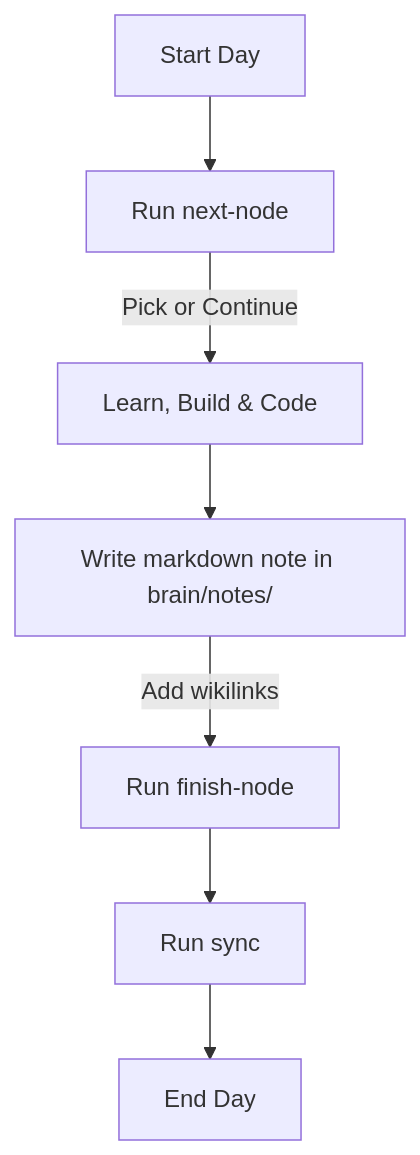
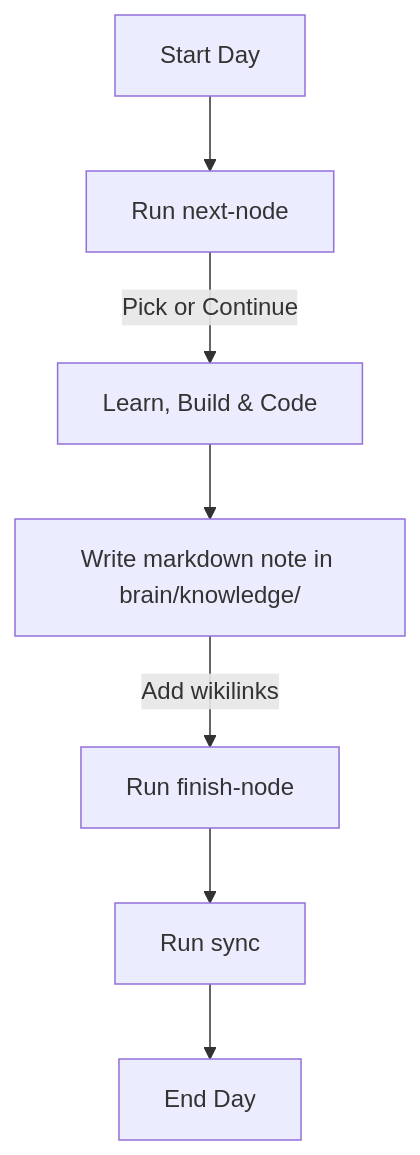
Before and after one commit to tharungajula2/ai-knowledge-graph: the diagram in docs/DAILY_RITUAL.md, drawn with Mermaid. The commit also changed other lines of this file and 4 other files, not shown here.

````diff
--- a/docs/DAILY_RITUAL.md
+++ b/docs/DAILY_RITUAL.md
@@ -11,9 +11,9 @@
 ```mermaid
 graph TD
     A[Start Day] --> B[Run next-node]
     B -->|Pick or Continue| C[Learn, Build & Code]
-    C --> D[Write markdown note in brain/notes/]
+    C --> D[Write markdown note in brain/knowledge/]
     D -->|Add wikilinks| E[Run finish-node]
     E --> F[Run sync]
     F --> G[End Day]
 ```
````
